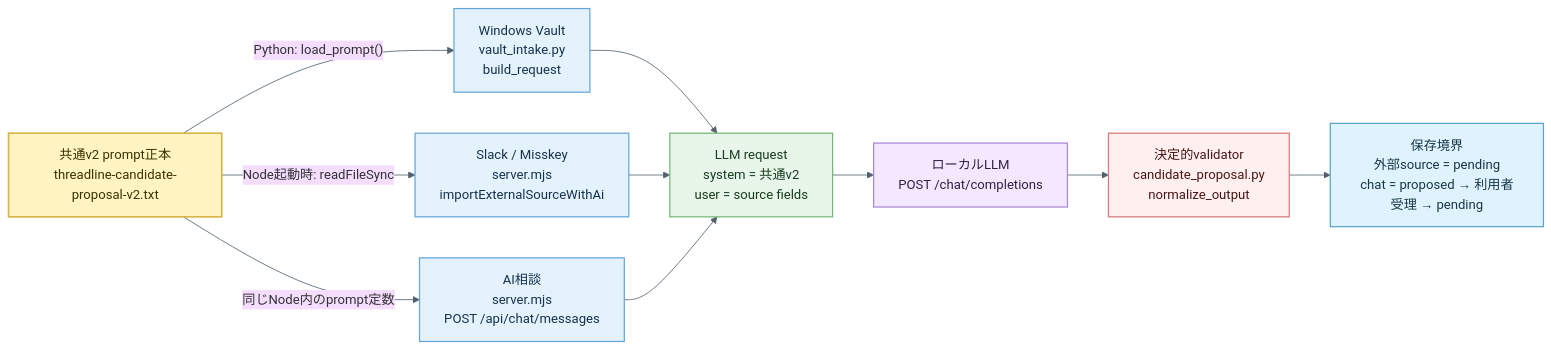
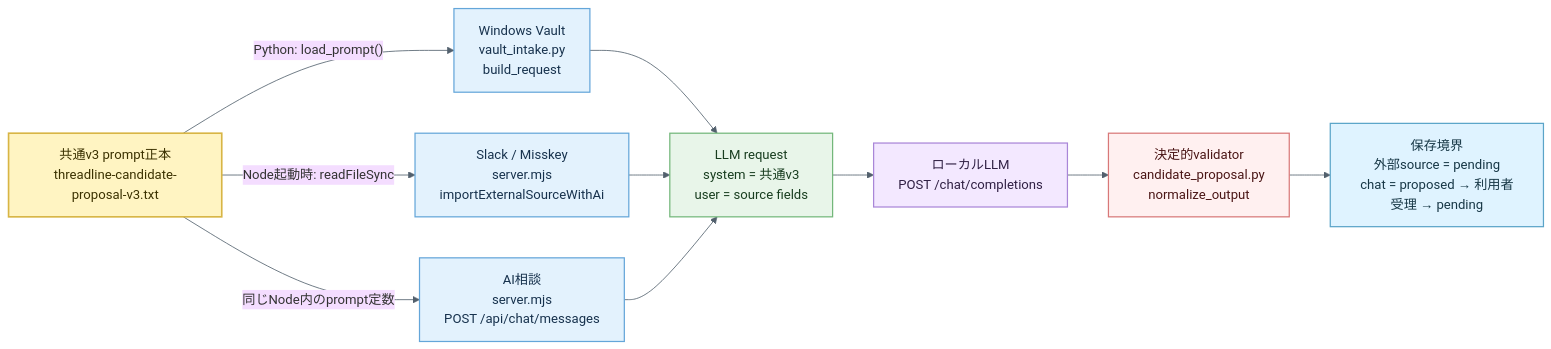
Before and after one commit to rohto4/my-pj-general: the diagram in docs/spec/ai-candidate-proposal-contract-p0.md, drawn with Mermaid. The commit also changed other lines of this file and 34 other files, not shown here.

Commit message:
feat: compact shared candidate prompt v3

````diff
--- a/docs/spec/ai-candidate-proposal-contract-p0.md
+++ b/docs/spec/ai-candidate-proposal-contract-p0.md
@@ -11,27 +11,27 @@
 ```mermaid
 %%{init: {"theme":"base","themeVariables":{"background":"#ffffff","textColor":"#26313f","lineColor":"#52606d"},"flowchart":{"htmlLabels":true,"curve":"basis","useMaxWidth":true}}}%%
 flowchart LR
-    P["共通v2 prompt正本<br/>threadline-candidate-proposal-v2.txt"]:::prompt
+    P["共通v3 prompt正本<br/>threadline-candidate-proposal-v3.txt"]:::prompt
     V["Windows Vault<br/>vault_intake.py<br/>build_request"]:::input
     S["Slack / Misskey<br/>server.mjs<br/>importExternalSourceWithAi"]:::input
     C["AI相談<br/>server.mjs<br/>POST /api/chat/messages"]:::input
-    R["LLM request<br/>system = 共通v2<br/>user = source fields"]:::api
+    R["LLM request<br/>system = 共通v3<br/>user = source fields"]:::api
     L["ローカルLLM<br/>POST /chat/completions"]:::llm
     D["決定的validator<br/>candidate_proposal.py<br/>normalize_output"]:::decision
     O["保存境界<br/>外部source = pending<br/>chat = proposed → 利用者受理 → pending"]:::data
 
     P -->|"Python: load_prompt()"| V
     P -->|"Node起動時: readFileSync"| S
     P -->|"同じNode内のprompt定数"| C
     V --> R
     S --> R
     C --> R
     R --> L --> D --> O
 
     classDef input fill:#e3f2fd,stroke:#64a6d9,color:#17324d,stroke-width:1.5px
     classDef prompt fill:#fff4c2,stroke:#d8b545,color:#3b3100,stroke-width:2px
     classDef api fill:#e8f5e9,stroke:#73b77a,color:#183d1f,stroke-width:1.5px
     classDef llm fill:#f3e8ff,stroke:#a986d8,color:#302044,stroke-width:1.5px
     classDef decision fill:#fff0f0,stroke:#d87878,color:#4a1515,stroke-width:1.5px
     classDef data fill:#dff3ff,stroke:#5aa4c8,color:#173746,stroke-width:1.5px
 ```
````
